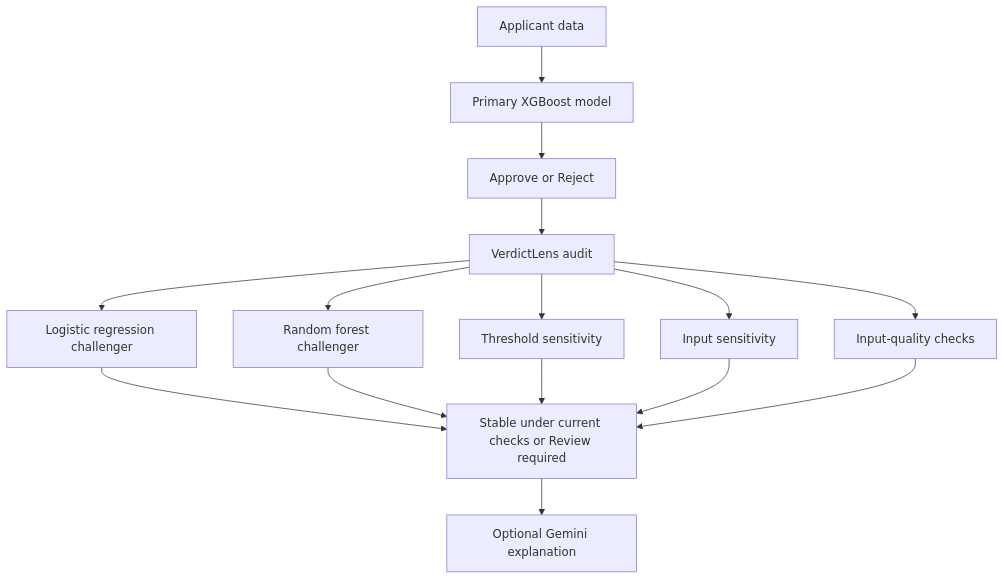
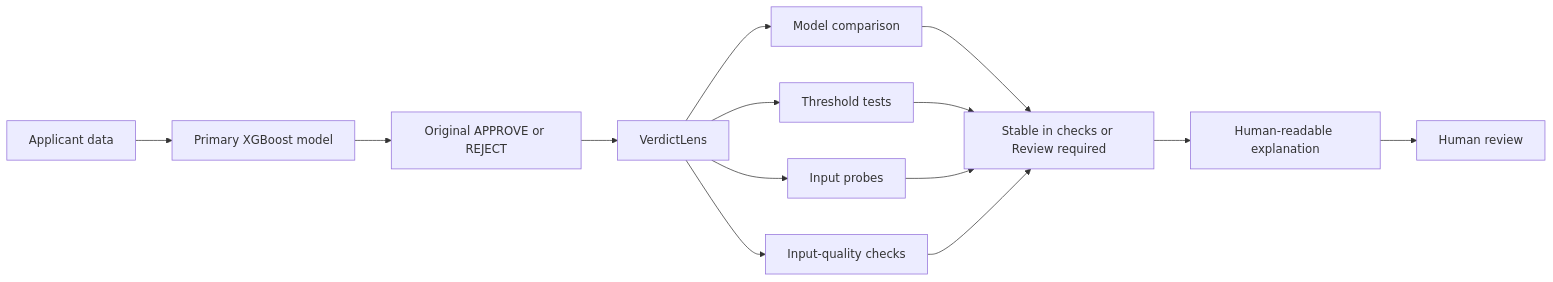
Before and after one commit to ItsMeArm00n/Verdict-Lens: the diagram in README.md, drawn with Mermaid. The commit also changed other lines of this file and 55 other files, not shown here.

First line of the commit message:
Build complete VerdictLens local audit application

````diff
--- a/README.md
+++ b/README.md
@@ -18,17 +34,16 @@
 ```mermaid
-flowchart TD
+flowchart LR
     A[Applicant data] --> B[Primary XGBoost model]
-    B --> C[Approve or Reject]
-    C --> D[VerdictLens audit]
-    D --> E[Logistic regression challenger]
-    D --> F[Random forest challenger]
-    D --> G[Threshold sensitivity]
-    D --> H[Input sensitivity]
-    D --> I[Input-quality checks]
-    E --> J[Stable under current checks or Review required]
-    F --> J
-    G --> J
-    H --> J
-    I --> J
-    J --> K[Optional Gemini explanation]
+    B --> C[Original APPROVE or REJECT]
+    C --> D[VerdictLens]
+    D --> E[Model comparison]
+    D --> F[Threshold tests]
+    D --> G[Input probes]
+    D --> H[Input-quality checks]
+    E --> I[Stable in checks or Review required]
+    F --> I
+    G --> I
+    H --> I
+    I --> J[Human-readable explanation]
+    J --> K[Human review]
 ```
````
